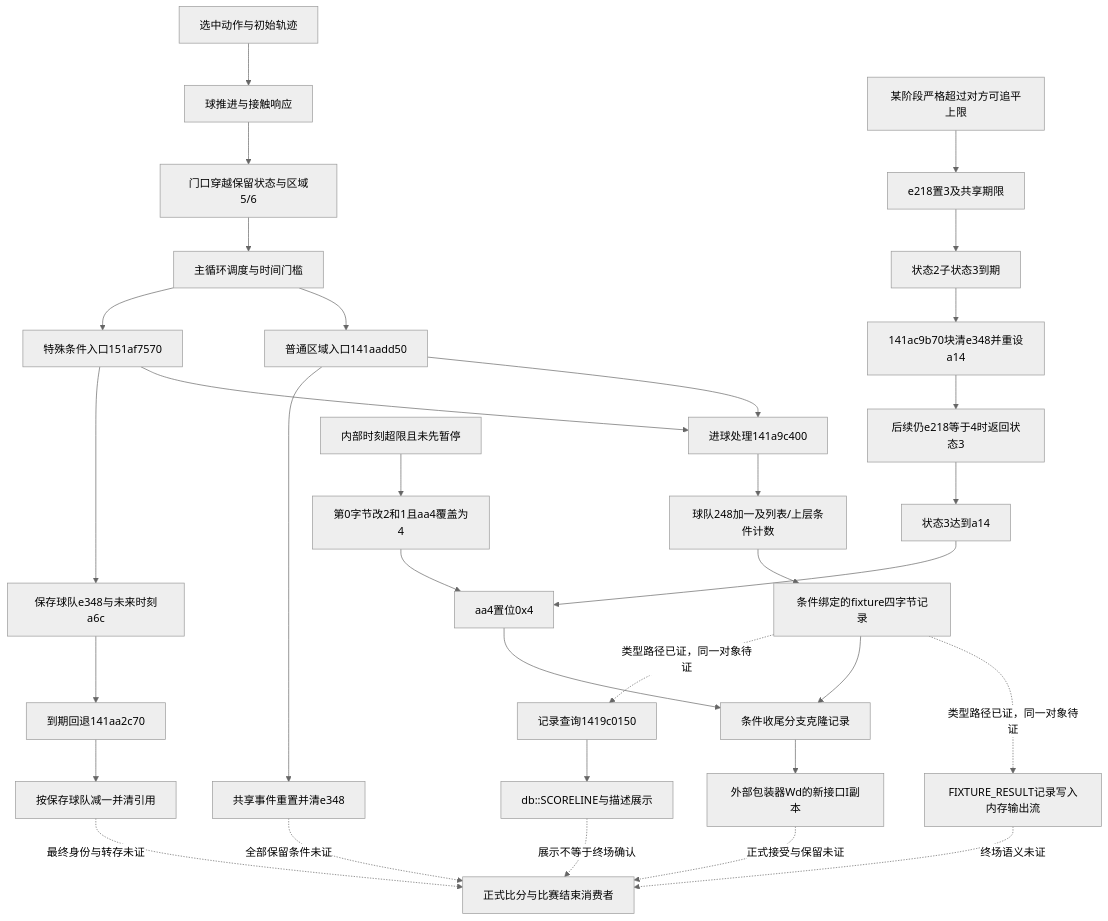
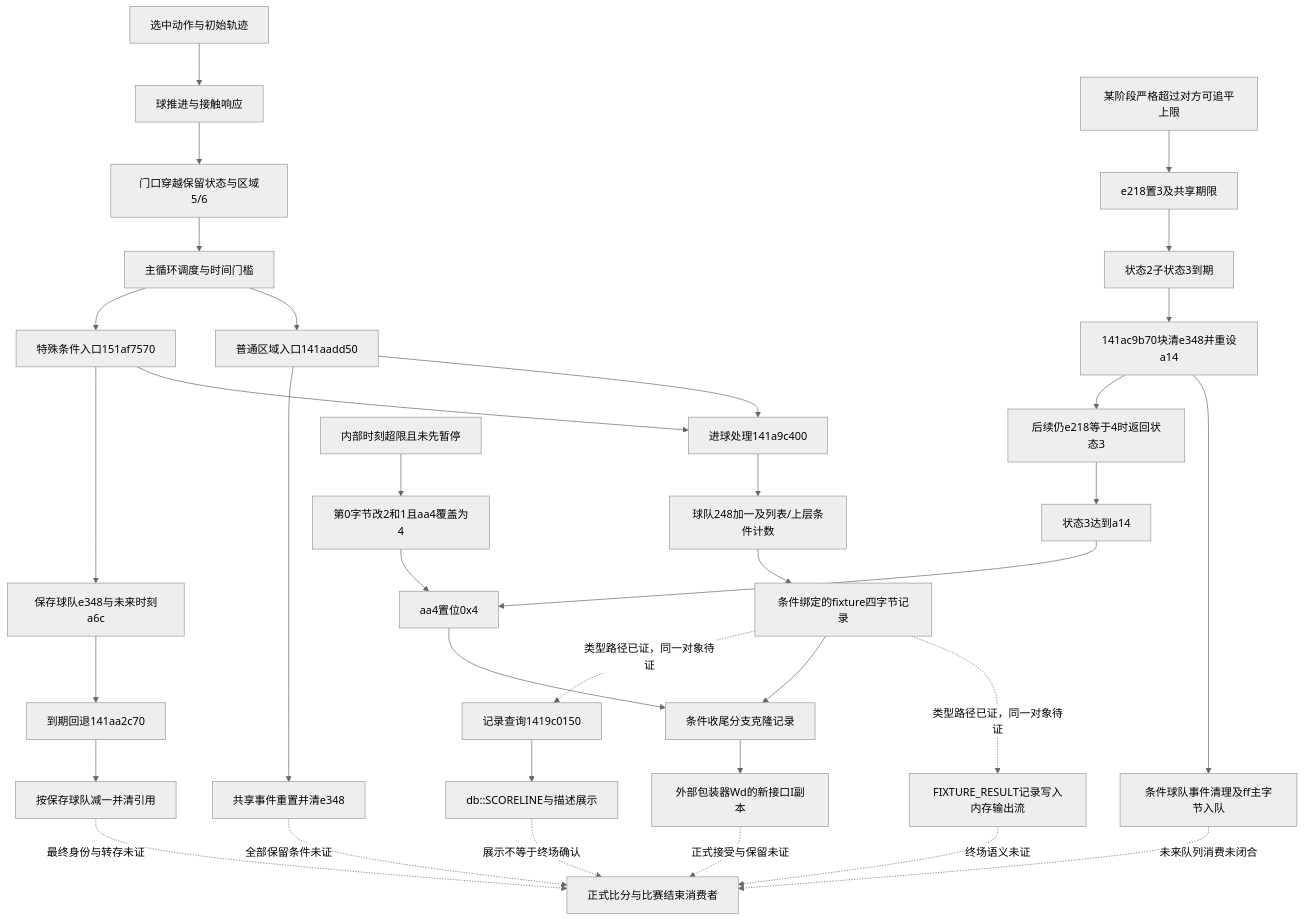
The diagram in RESEARCH_MAP.md (appleface2050/FM24-Engine-Research), drawn with Mermaid (neutral theme) before and after one commit. The commit also changed other lines of this file and 7 other files, not shown here.

````diff
--- a/RESEARCH_MAP.md
+++ b/RESEARCH_MAP.md
@@ -20,35 +20,37 @@
 ```mermaid
 flowchart TD
     A[选中动作与初始轨迹] --> B[球推进与接触响应]
     B --> C[门口穿越保留状态与区域5/6]
     C --> D[主循环调度与时间门槛]
     D --> E[普通区域入口141aadd50]
     E --> F[进球处理141a9c400]
     F --> G[球队248加一及列表/上层条件计数]
     E --> H[共享事件重置并清e348]
     D --> I[特殊条件入口151af7570]
     I --> F
     I --> J[保存球队e348与未来时刻a6c]
     J --> K[到期回退141aa2c70]
     K --> L[按保存球队减一并清引用]
     G --> N[条件绑定的fixture四字节记录]
     N -. 类型路径已证，同一对象待证 .-> O[FIXTURE_RESULT记录写入内存输出流]
     O -. 终场语义未证 .-> M[正式比分与比赛结束消费者]
     N --> R[条件收尾分支克隆记录]
     Z[某阶段严格超过对方可追平上限] --> ZZ[e218置3及共享期限]
     ZZ --> AA[状态2子状态3到期]
     AA --> AB[141ac9b70块清e348并重设a14]
+    AB --> AD[条件球队事件清理及ff主字节入队]
+    AD -. 未来队列消费未闭合 .-> M
     AB --> AC[后续仍e218等于4时返回状态3]
     AC --> V[状态3达到a14]
     V --> U[aa4置位0x4]
     W[内部时刻超限且未先暂停] --> Y[第0字节改2和1且aa4覆盖为4]
     Y --> U
     U --> R
     R --> S[外部包装器Wd的新接口I副本]
     S -. 正式接受与保留未证 .-> M
     N -. 类型路径已证，同一对象待证 .-> P[记录查询1419c0150]
     P --> Q[db::SCORELINE与描述展示]
     Q -. 展示不等于终场确认 .-> M
     L -. 最终身份与转存未证 .-> M
     H -. 全部保留条件未证 .-> M
 ```
````
